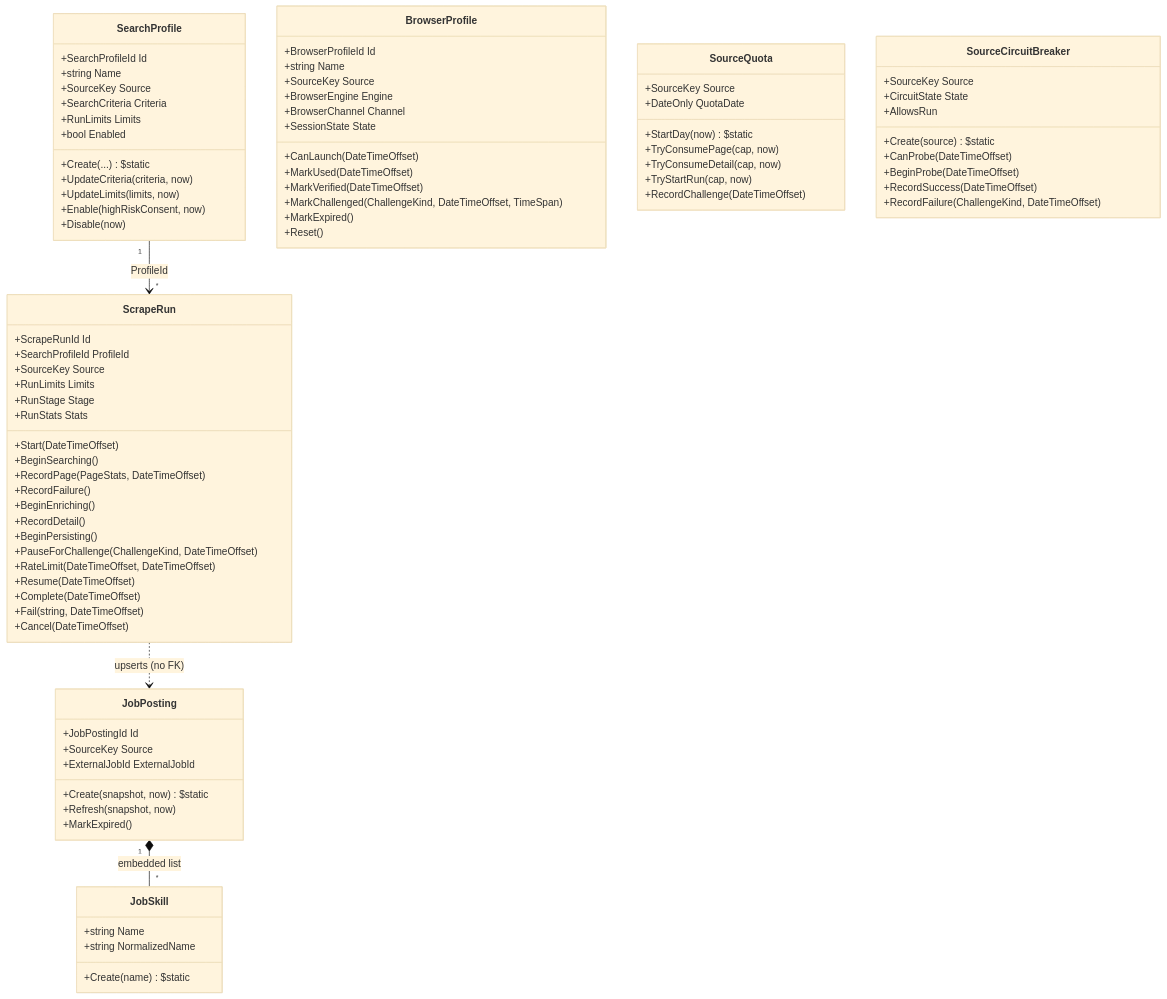
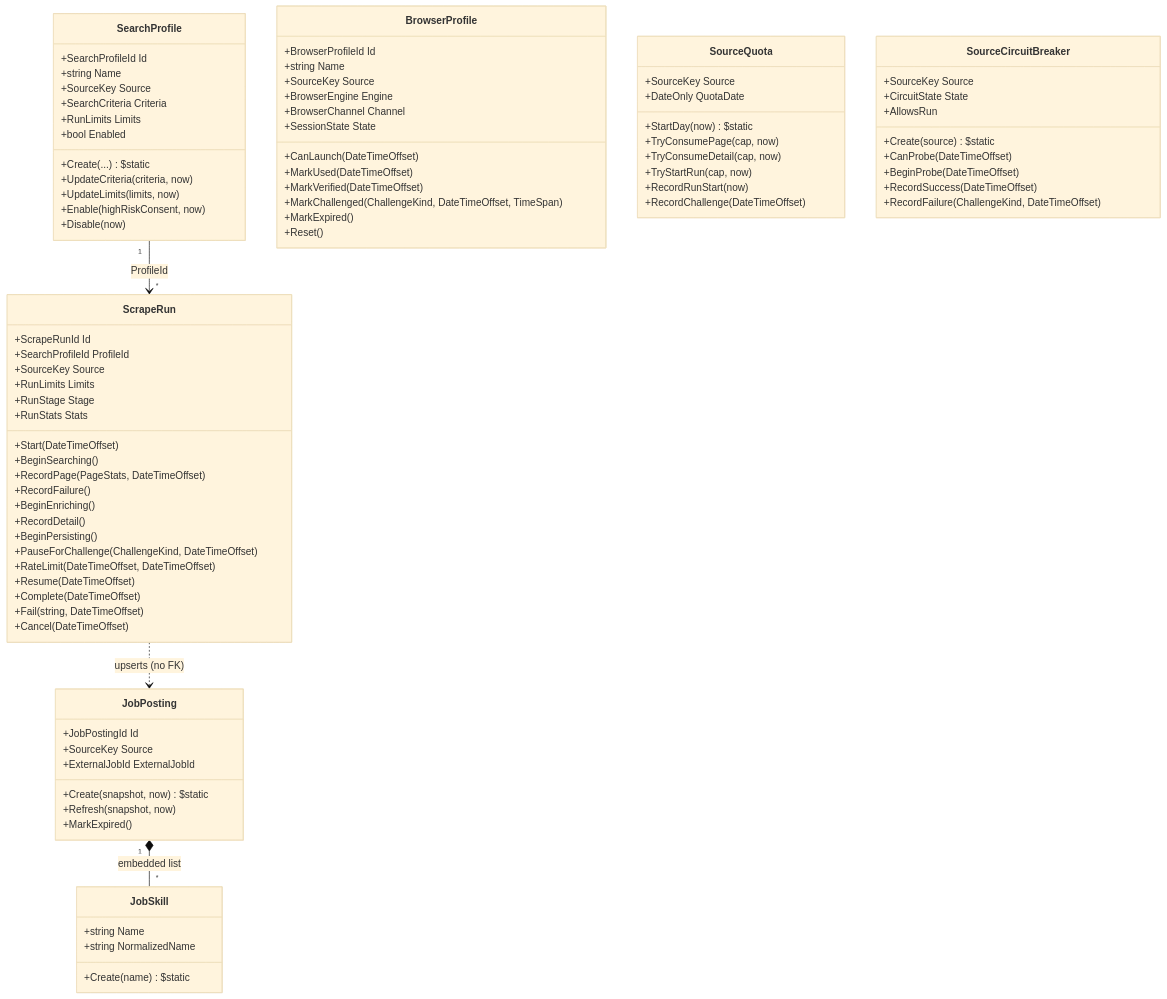
One commit to AslamNazeerShaikh/PlaywrightDotNet changed the second of 6 diagrams in docs/03-domain-model.md. Above: the diagram before and after it, drawn with Mermaid (base theme). The commit also changed other lines of this file and 12 other files, not shown here.

```diff
--- a/docs/03-domain-model.md
+++ b/docs/03-domain-model.md
@@ -155,6 +155,7 @@
         +TryConsumePage(cap, now)
         +TryConsumeDetail(cap, now)
         +TryStartRun(cap, now)
+        +RecordRunStart(now)
         +RecordChallenge(DateTimeOffset)
     }
 
```
